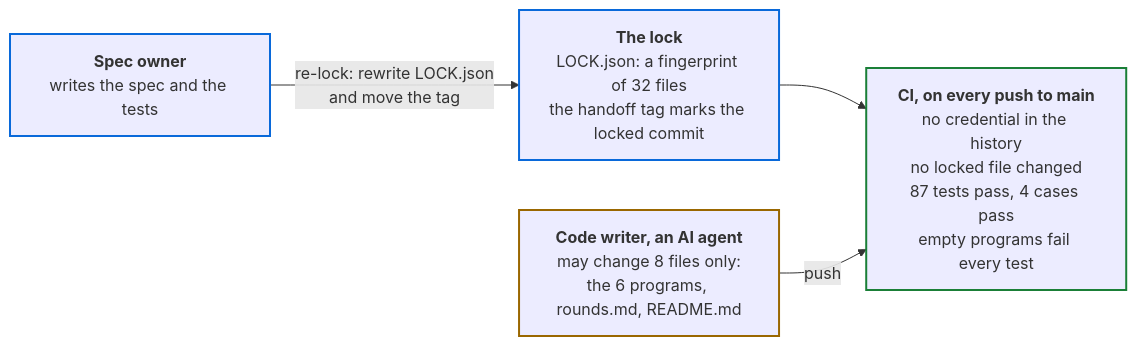
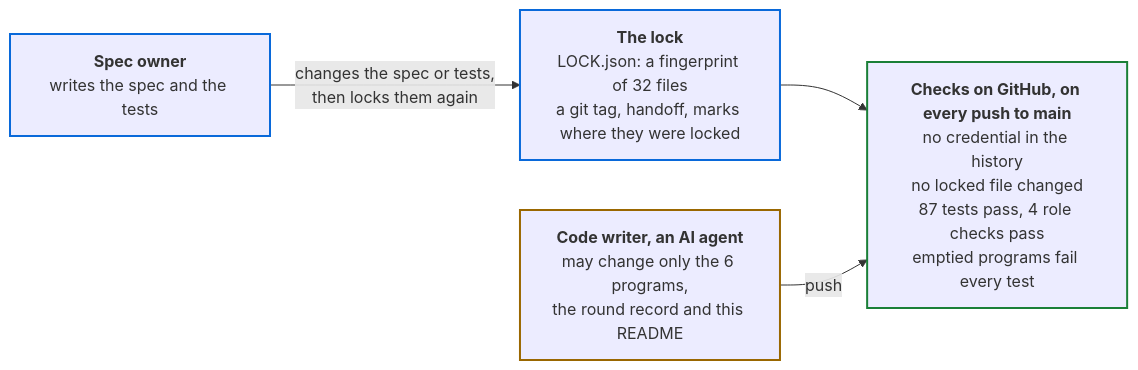
The third of 3 diagrams in README.md (PaulDuvall/adlc-security-reviewer), drawn with Mermaid before and after one commit. The commit also changed other lines of this file, not shown here.

````diff
--- a/README.md
+++ b/README.md
@@ -105,16 +110,16 @@
 ```mermaid
 flowchart LR
   so["<b>Spec owner</b><br/>writes the spec and the tests"]
-  lock["<b>The lock</b><br/>LOCK.json: a fingerprint of 32 files<br/>the handoff tag marks the locked commit"]
-  cw["<b>Code writer, an AI agent</b><br/>may change 8 files only:<br/>the 6 programs, rounds.md, README.md"]
-  ci["<b>CI, on every push to main</b><br/>no credential in the history<br/>no locked file changed<br/>87 tests pass, 4 cases pass<br/>empty programs fail every test"]
-  so -->|"re-lock: rewrite LOCK.json<br/>and move the tag"| lock
+  lock["<b>The lock</b><br/>LOCK.json: a fingerprint of 32 files<br/>a git tag, handoff, marks where they were locked"]
+  cw["<b>Code writer, an AI agent</b><br/>may change only the 6 programs,<br/>the round record and this README"]
+  ci["<b>Checks on GitHub, on every push to main</b><br/>no credential in the history<br/>no locked file changed<br/>87 tests pass, 4 role checks pass<br/>emptied programs fail every test"]
+  so -->|"changes the spec or tests,<br/>then locks them again"| lock
   lock --> ci
   cw -->|"push"| ci
   classDef owner stroke:#0969da,stroke-width:2px
   classDef agent stroke:#9a6700,stroke-width:2px
   classDef gate stroke:#1a7f37,stroke-width:2px
   class so,lock owner
   class cw agent
   class ci gate
 ```
````
